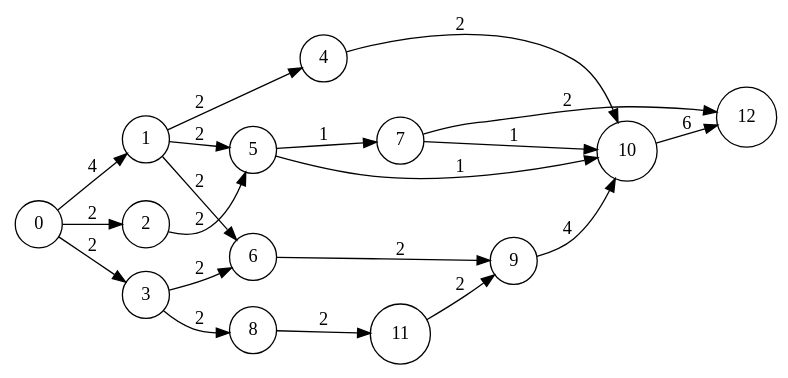
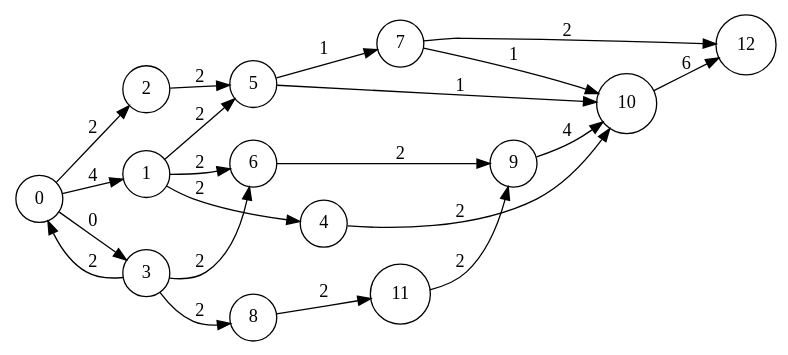
One commit to scanim-valentin/functional-programming-project changed the diagram in graph2_solved.dot. Above: the diagram before and after it, drawn with Graphviz. The commit also changed 3 other files, not shown here.

```diff
--- a/graph2_solved.dot
+++ b/graph2_solved.dot
@@ -1,24 +1,25 @@
 digraph my_graph {
     rankdir=LR;
     size="8,5"
     node [shape = circle];
     7 -> 10 [label="1"];
     7 -> 12 [label="2"];
     5 -> 7 [label="1"];
     5 -> 10 [label="1"];
     9 -> 10 [label="4"];
     11 -> 9 [label="2"];
     8 -> 11 [label="2"];
     6 -> 9 [label="2"];
-    3 -> 8 [label="2"];
-    3 -> 6 [label="2"];
     10 -> 12 [label="6"];
     2 -> 5 [label="2"];
     4 -> 10 [label="2"];
     1 -> 5 [label="2"];
     1 -> 6 [label="2"];
     1 -> 4 [label="2"];
+    3 -> 8 [label="2"];
+    3 -> 6 [label="2"];
+    3 -> 0 [label="2"];
     0 -> 1 [label="4"];
     0 -> 2 [label="2"];
-    0 -> 3 [label="2"];
+    0 -> 3 [label="0"];
 }
```
